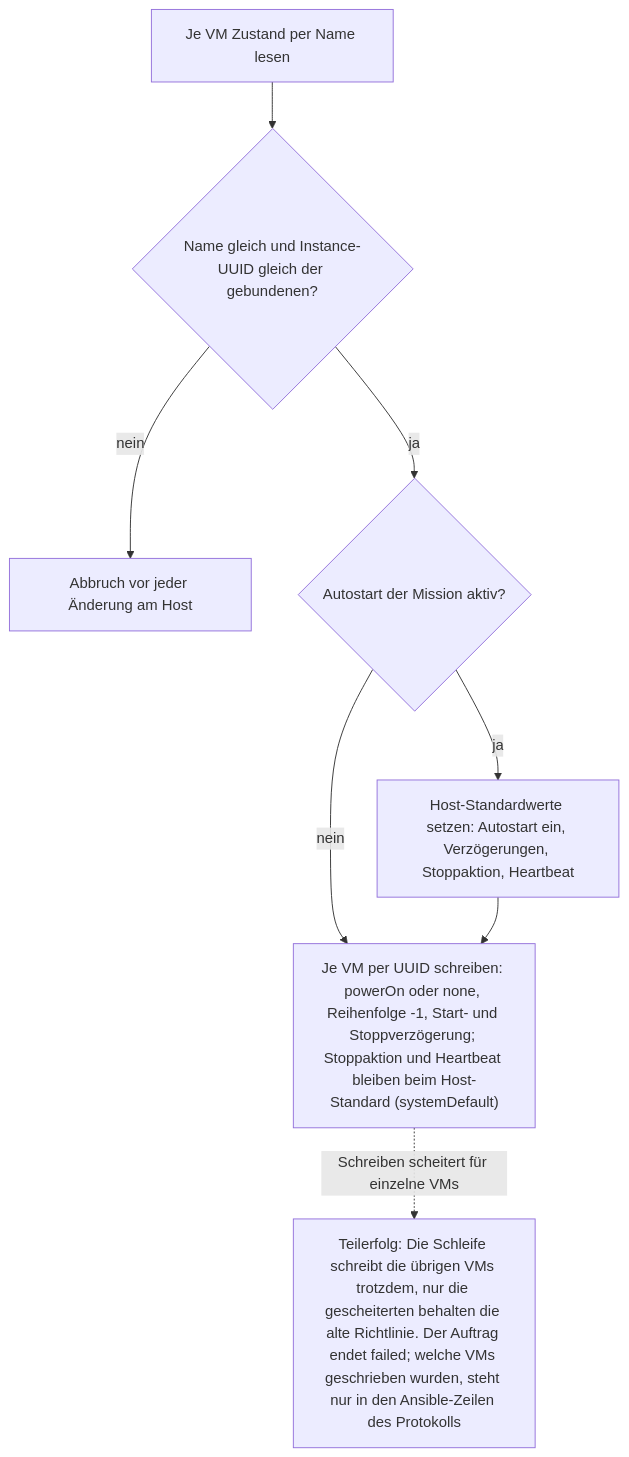
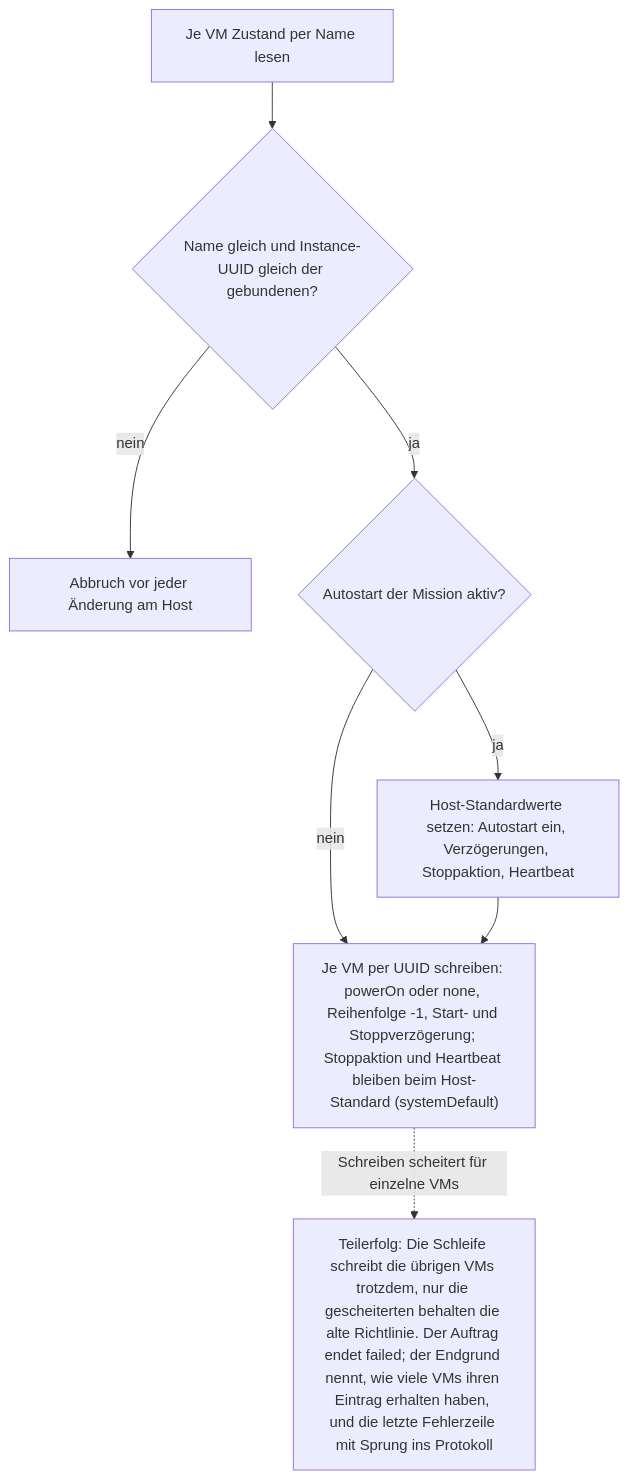
Diagram 12 of 13 in docs/operations/deploy-flows.md (Samy94M/VirtuSphere-v2-WebApp), drawn with Mermaid before and after one commit. The commit also changed other lines of this file and 36 other files, not shown here.

````diff
--- a/docs/operations/deploy-flows.md
+++ b/docs/operations/deploy-flows.md
@@ -353,10 +353,10 @@
 ```mermaid
 flowchart TD
   A["Je VM Zustand per Name lesen"] --> B{"Name gleich und Instance-UUID gleich der gebundenen?"}
   B -->|nein| BX["Abbruch vor jeder Änderung am Host"]
   B -->|ja| C{"Autostart der Mission aktiv?"}
   C -->|ja| D["Host-Standardwerte setzen: Autostart ein, Verzögerungen, Stoppaktion, Heartbeat"]
   C -->|nein| E
   D --> E["Je VM per UUID schreiben: powerOn oder none, Reihenfolge -1, Start- und Stoppverzögerung; Stoppaktion und Heartbeat bleiben beim Host-Standard (systemDefault)"]
-  E -.->|Schreiben scheitert für einzelne VMs| EX["Teilerfolg: Die Schleife schreibt die übrigen VMs trotzdem, nur die gescheiterten behalten die alte Richtlinie. Der Auftrag endet failed; welche VMs geschrieben wurden, steht nur in den Ansible-Zeilen des Protokolls"]
+  E -.->|Schreiben scheitert für einzelne VMs| EX["Teilerfolg: Die Schleife schreibt die übrigen VMs trotzdem, nur die gescheiterten behalten die alte Richtlinie. Der Auftrag endet failed; der Endgrund nennt, wie viele VMs ihren Eintrag erhalten haben, und die letzte Fehlerzeile mit Sprung ins Protokoll"]
 ```
````
